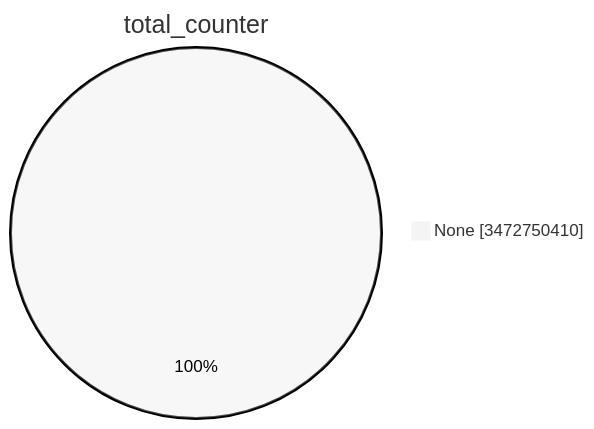
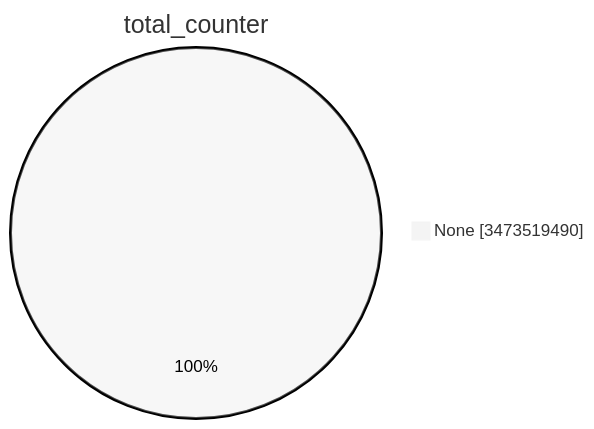
One commit to christiankrug/ctmonitor_visualization changed the first of 15 diagrams in TOTAL/README.md. Above: the diagram before and after it, drawn with Mermaid (neutral theme). The commit also changed other lines of this file, not shown here.

````diff
--- a/TOTAL/README.md
+++ b/TOTAL/README.md
@@ -1,5 +1,5 @@
 ```mermaid
 pie showData
 title total_counter
-"None" :3472750410
+"None" :3473519490
 ```
````
